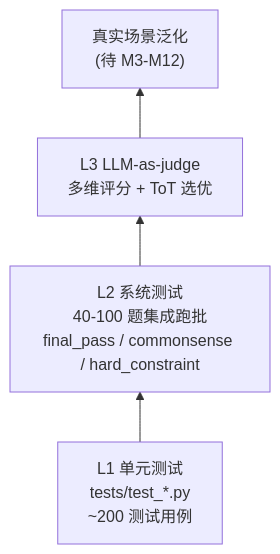
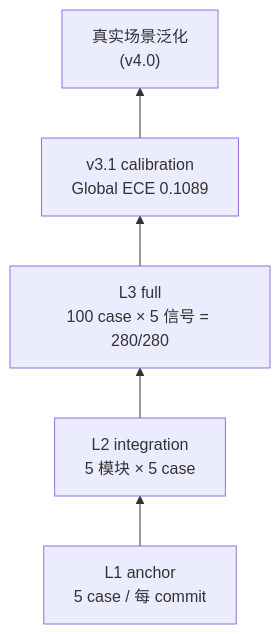
One commit to estelledc/bj-pal changed the third of 3 diagrams in promo/architecture.md. Above: the diagram before and after it, drawn with Mermaid. The commit also changed other lines of this file and 7 other files, not shown here.

````diff
--- a/promo/architecture.md
+++ b/promo/architecture.md
@@ -82,6 +83,7 @@
 ```mermaid
 flowchart BT
-    L1["L1 单元测试<br/>tests/test_*.py<br/>~200 测试用例"] --> L2["L2 系统测试<br/>40-100 题集成跑批<br/>final_pass / commonsense / hard_constraint"]
-    L2 --> L3["L3 LLM-as-judge<br/>多维评分 + ToT 选优"]
-    L3 --> Goal["真实场景泛化<br/>(待 M3-M12)"]
+    L1["L1 anchor<br/>5 case / 每 commit"] --> L2["L2 integration<br/>5 模块 × 5 case"]
+    L2 --> L3["L3 full<br/>100 case × 5 信号 = 280/280"]
+    L3 --> ECE["v3.1 calibration<br/>Global ECE 0.1089"]
+    ECE --> Goal["真实场景泛化<br/>(v4.0)"]
 ```
````
